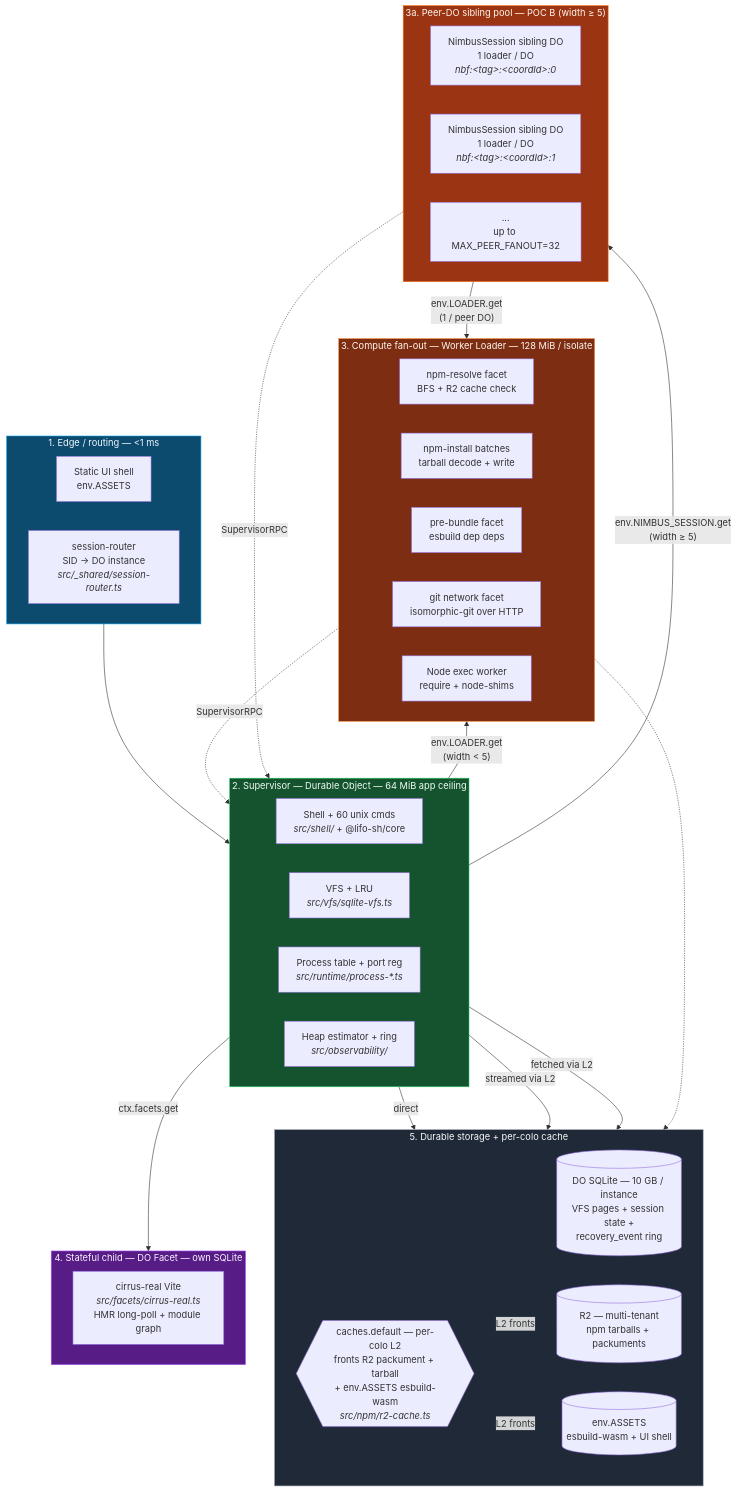
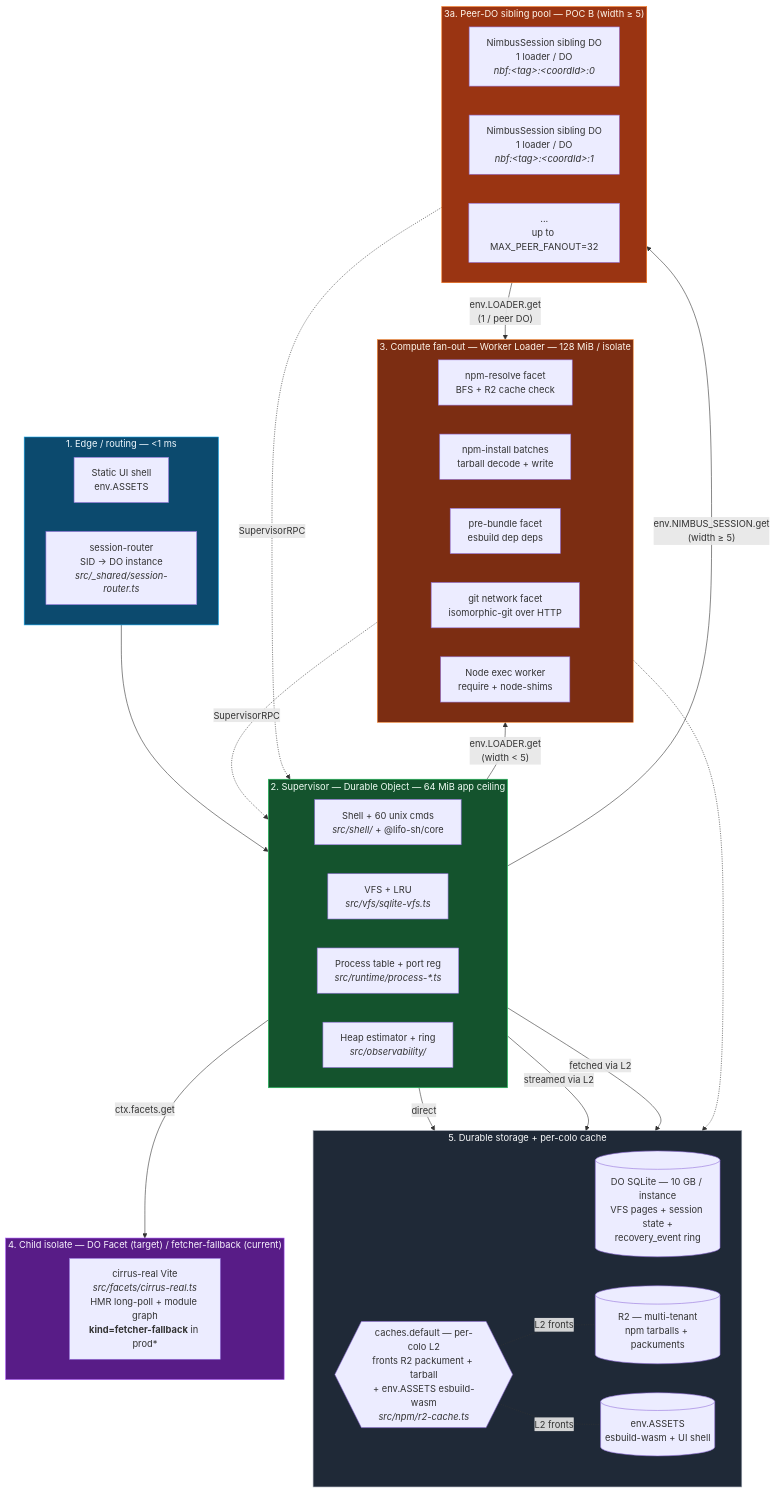
Before and after one commit to AshishKumar4/Nimbus: the fourth of 4 diagrams in README.md, drawn with Mermaid. The commit also changed other lines of this file and 10 other files, not shown here.

First line of the commit message:
fix(cirrus-real): graceful-degrade on $experimental absence + arch-honesty correction

````diff
--- a/README.md
+++ b/README.md
@@ -251,71 +253,71 @@
 ```mermaid
 flowchart TB
     subgraph L1["1. Edge / routing — &lt;1 ms"]
         direction LR
         L1A["Static UI shell<br/>env.ASSETS"]
         L1B["session-router<br/>SID → DO instance<br/><i>src/_shared/session-router.ts</i>"]
     end
 
     subgraph L2["2. Supervisor — Durable Object — 64 MiB app ceiling"]
         direction LR
         L2A["Shell + 60 unix cmds<br/><i>src/shell/</i> + @lifo-sh/core"]
         L2B["VFS + LRU<br/><i>src/vfs/sqlite-vfs.ts</i>"]
         L2C["Process table + port reg<br/><i>src/runtime/process-*.ts</i>"]
         L2D["Heap estimator + ring<br/><i>src/observability/</i>"]
     end
 
     subgraph L3["3. Compute fan-out — Worker Loader — 128 MiB / isolate"]
         direction LR
         L3A["npm-resolve facet<br/>BFS + R2 cache check"]
         L3B["npm-install batches<br/>tarball decode + write"]
         L3C["pre-bundle facet<br/>esbuild dep deps"]
         L3D["git network facet<br/>isomorphic-git over HTTP"]
         L3E["Node exec worker<br/>require + node-shims"]
     end
 
     subgraph L3P["3a. Peer-DO sibling pool — POC B (width ≥ 5)"]
         direction LR
         L3PA["NimbusSession sibling DO<br/>1 loader / DO<br/><i>nbf:&lt;tag&gt;:&lt;coordId&gt;:0</i>"]
         L3PB["NimbusSession sibling DO<br/>1 loader / DO<br/><i>nbf:&lt;tag&gt;:&lt;coordId&gt;:1</i>"]
         L3PC["...<br/>up to MAX_PEER_FANOUT=32"]
     end
 
-    subgraph L4["4. Stateful child — DO Facet — own SQLite"]
-        L4A["cirrus-real Vite<br/><i>src/facets/cirrus-real.ts</i><br/>HMR long-poll + module graph"]
+    subgraph L4["4. Child isolate — DO Facet (target) / fetcher-fallback (current)"]
+        L4A["cirrus-real Vite<br/><i>src/facets/cirrus-real.ts</i><br/>HMR long-poll + module graph<br/><b>kind=fetcher-fallback</b> in prod*"]
     end
 
     subgraph L5["5. Durable storage + per-colo cache"]
         direction LR
         L5A[("DO SQLite — 10 GB / instance<br/>VFS pages + session state +<br/>recovery_event ring")]
         L5B[("R2 — multi-tenant<br/>npm tarballs + packuments")]
         L5C[("env.ASSETS<br/>esbuild-wasm + UI shell")]
         L5D{{"caches.default — per-colo L2<br/>fronts R2 packument + tarball<br/>+ env.ASSETS esbuild-wasm<br/><i>src/npm/r2-cache.ts</i>"}}
     end
 
     L1 --> L2
     L2 -- env.LOADER.get<br/>(width &lt; 5) --> L3
     L2 -- env.NIMBUS_SESSION.get<br/>(width ≥ 5) --> L3P
     L3P -- env.LOADER.get<br/>(1 / peer DO) --> L3
     L2 -- ctx.facets.get --> L4
     L2 -- direct --> L5A
     L2 -- streamed via L2 --> L5B
     L2 -- fetched via L2 --> L5C
     L5D -. L2 fronts .- L5B
     L5D -. L2 fronts .- L5C
     L3 -.-> L5B
     L3 -.->|SupervisorRPC| L2
     L3P -.->|SupervisorRPC| L2
 
     classDef edge fill:#0c4a6e,stroke:#0ea5e9,color:#f0f9ff
     classDef sup fill:#14532d,stroke:#22c55e,color:#f0fdf4
     classDef loader fill:#7c2d12,stroke:#fb923c,color:#fff7ed
     classDef peer fill:#9a3412,stroke:#f97316,color:#fff7ed
     classDef facet fill:#581c87,stroke:#a855f7,color:#faf5ff
     classDef store fill:#1f2937,stroke:#9ca3af,color:#f9fafb
     class L1 edge
     class L2 sup
     class L3 loader
     class L3P peer
     class L4 facet
     class L5 store
 ```
````
